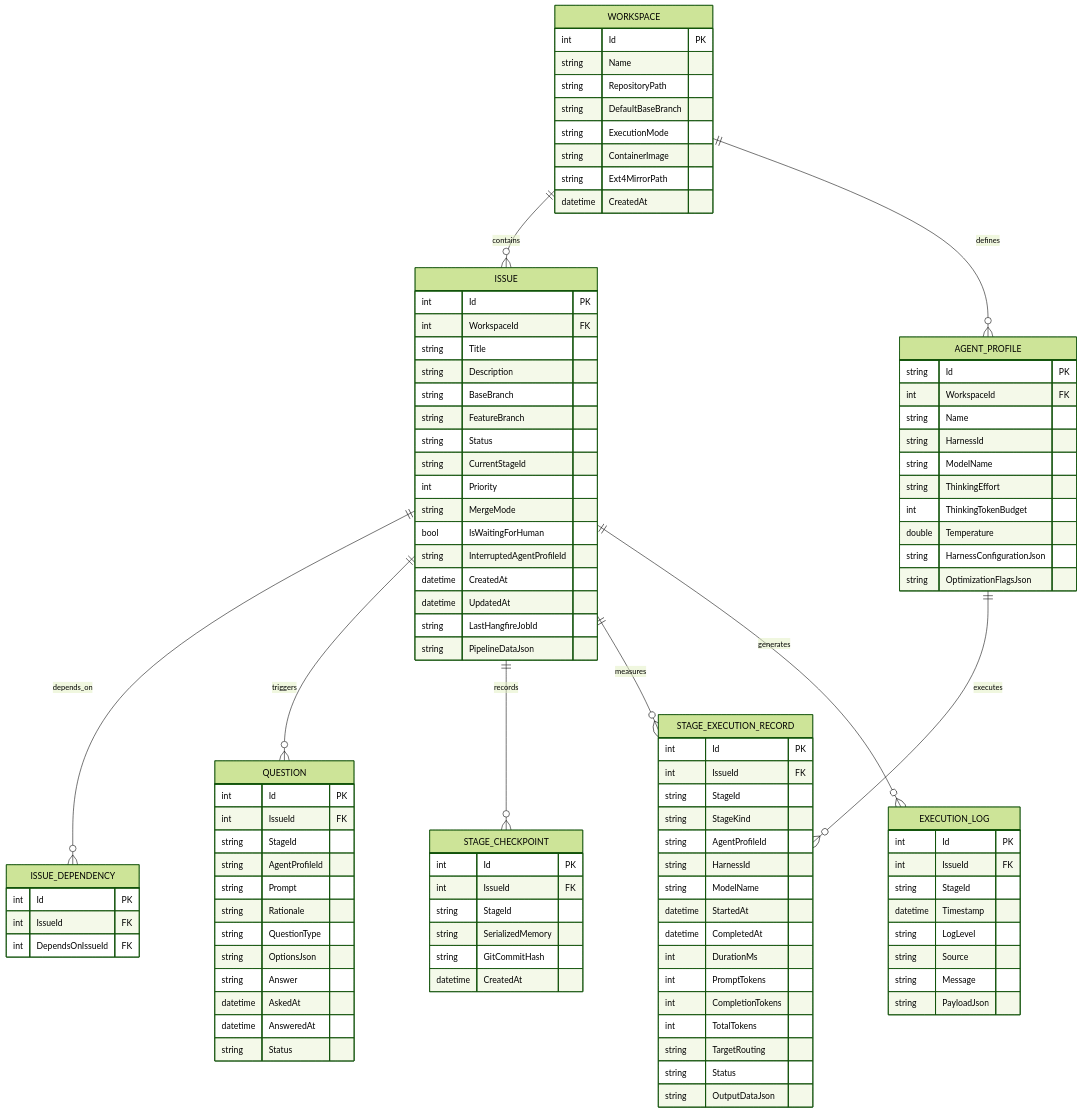
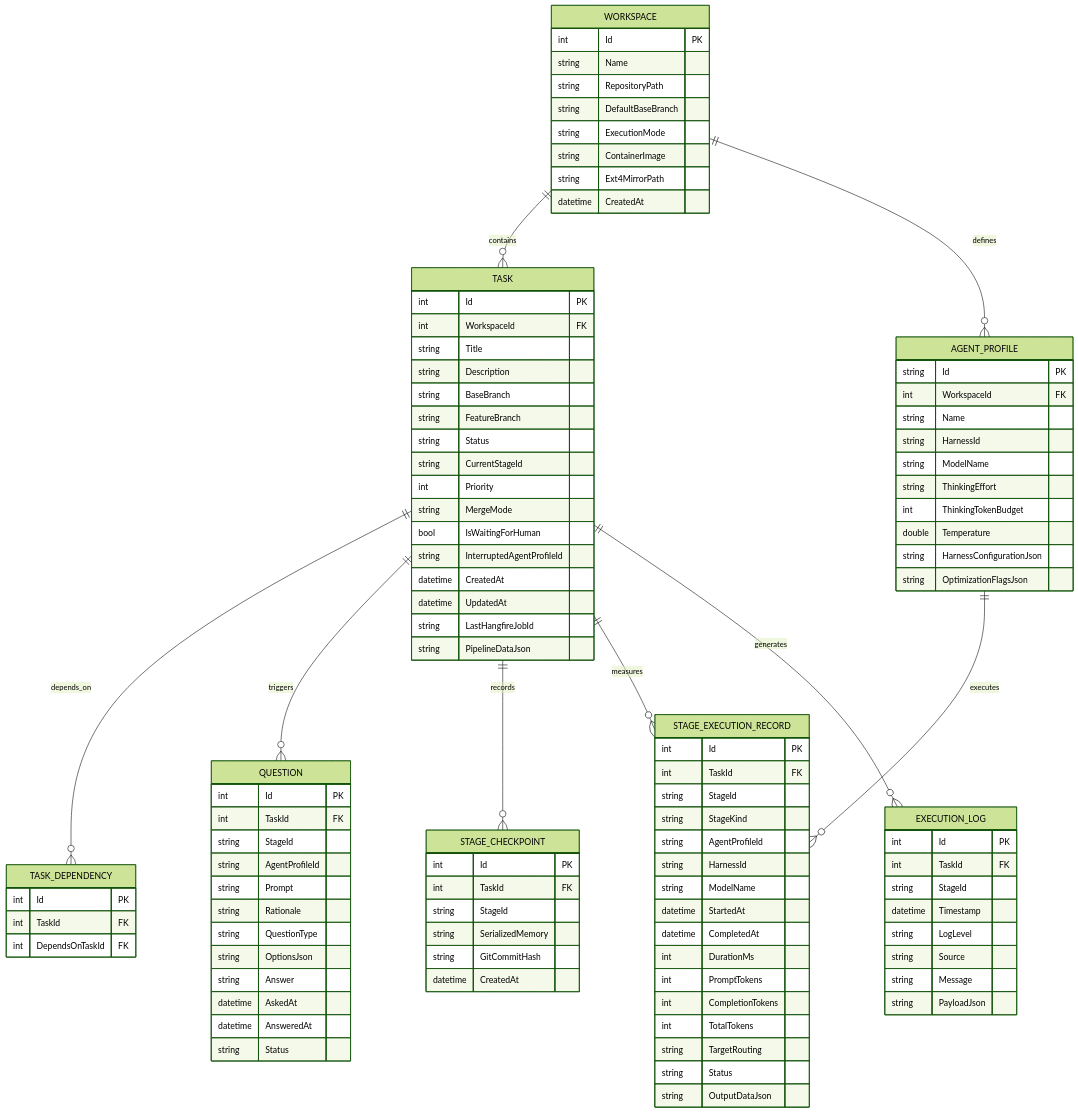
One commit to jetelain/NightCodeForge changed diagram 19 of 22 in docs/ARCHITECTURE.md. Above: the diagram before and after it, drawn with Mermaid (forest theme). The commit also changed other lines of this file and 151 other files, not shown here.

Commit message:
Issue -> Task

````diff
--- a/docs/ARCHITECTURE.md
+++ b/docs/ARCHITECTURE.md
@@ -1328,13 +1328,13 @@
 ```mermaid
 erDiagram
-    WORKSPACE ||--o{ ISSUE : "contains"
+    WORKSPACE ||--o{ TASK : "contains"
     WORKSPACE ||--o{ AGENT_PROFILE : "defines"
     AGENT_PROFILE ||--o{ STAGE_EXECUTION_RECORD : "executes"
-    ISSUE ||--o{ ISSUE_DEPENDENCY : "depends_on"
-    ISSUE ||--o{ QUESTION : "triggers"
-    ISSUE ||--o{ STAGE_CHECKPOINT : "records"
-    ISSUE ||--o{ STAGE_EXECUTION_RECORD : "measures"
-    ISSUE ||--o{ EXECUTION_LOG : "generates"
+    TASK ||--o{ TASK_DEPENDENCY : "depends_on"
+    TASK ||--o{ QUESTION : "triggers"
+    TASK ||--o{ STAGE_CHECKPOINT : "records"
+    TASK ||--o{ STAGE_EXECUTION_RECORD : "measures"
+    TASK ||--o{ EXECUTION_LOG : "generates"
     
     WORKSPACE {
         int Id PK
@@ -1360,7 +1360,7 @@
         string OptimizationFlagsJson
     }
 
-    ISSUE {
+    TASK {
         int Id PK
         int WorkspaceId FK
         string Title
@@ -1379,15 +1379,15 @@
         string PipelineDataJson
     }
 
-    ISSUE_DEPENDENCY {
+    TASK_DEPENDENCY {
         int Id PK
-        int IssueId FK
-        int DependsOnIssueId FK
+        int TaskId FK
+        int DependsOnTaskId FK
     }
 
     QUESTION {
         int Id PK
-        int IssueId FK
+        int TaskId FK
         string StageId
         string AgentProfileId
         string Prompt
@@ -1402,7 +1402,7 @@
 
     STAGE_CHECKPOINT {
         int Id PK
-        int IssueId FK
+        int TaskId FK
         string StageId
         string SerializedMemory
         string GitCommitHash
@@ -1411,7 +1411,7 @@
 
     STAGE_EXECUTION_RECORD {
         int Id PK
-        int IssueId FK
+        int TaskId FK
         string StageId
         string StageKind
         string AgentProfileId
@@ -1430,7 +1430,7 @@
 
     EXECUTION_LOG {
         int Id PK
-        int IssueId FK
+        int TaskId FK
         string StageId
         datetime Timestamp
         string LogLevel
````
